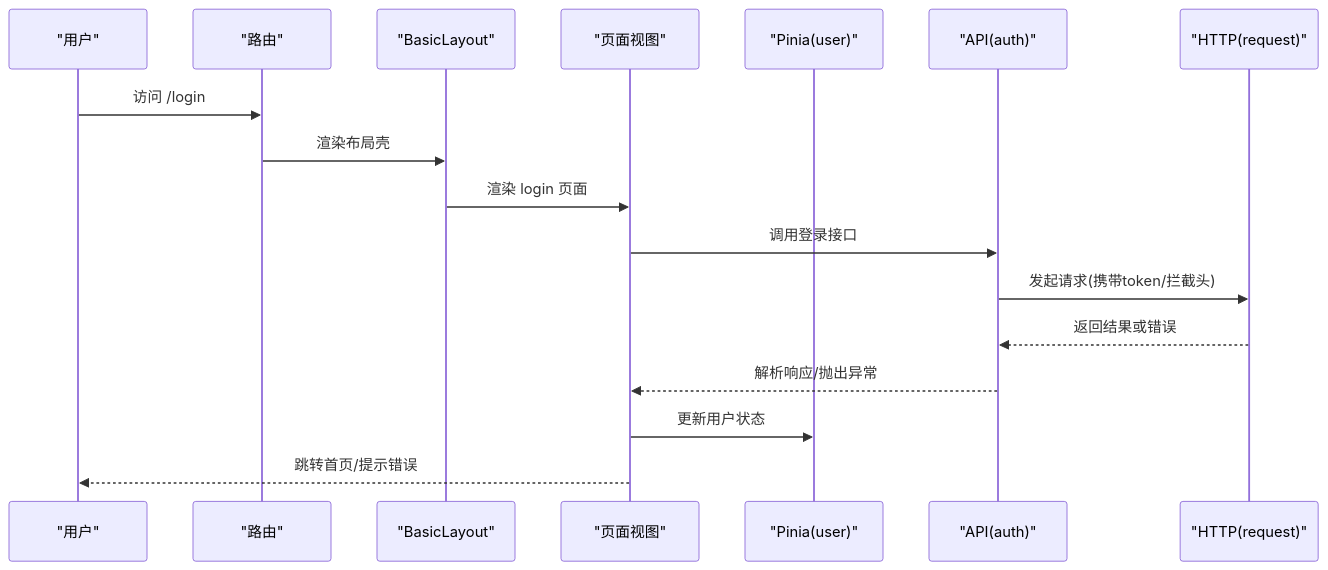
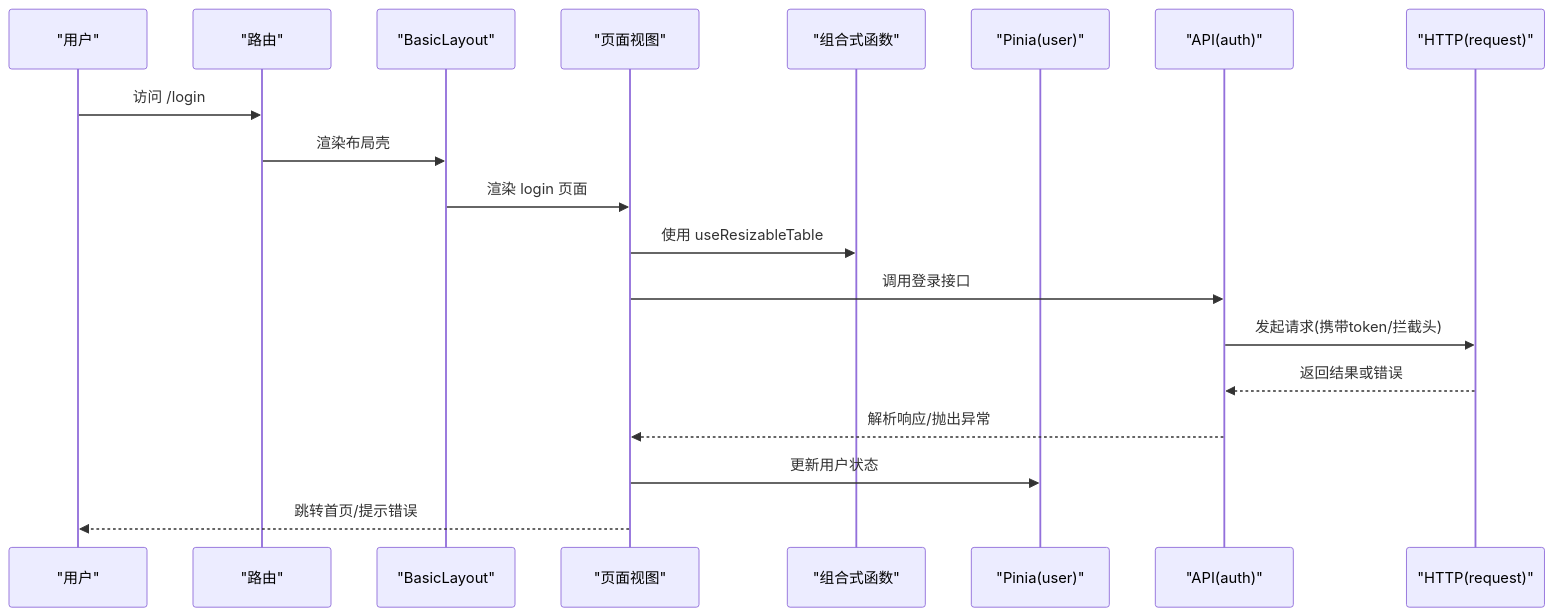
One commit to liming-lihaini/workflow changed the second of 6 diagrams in .qoder/repowiki/zh/content/用户界面设计/组件设计规范.md. Above: the diagram before and after it, drawn with Mermaid. The commit also changed other lines of this file and 25 other files, not shown here.

````diff
--- a/.qoder/repowiki/zh/content/用户界面设计/组件设计规范.md
+++ b/.qoder/repowiki/zh/content/用户界面设计/组件设计规范.md
@@ -112,19 +128,21 @@
 ```mermaid
 sequenceDiagram
 participant U as "用户"
 participant R as "路由"
 participant L as "BasicLayout"
 participant V as "页面视图"
+participant C as "组合式函数"
 participant S as "Pinia(user)"
 participant A as "API(auth)"
 participant X as "HTTP(request)"
 U->>R : 访问 /login
 R->>L : 渲染布局壳
 L->>V : 渲染 login 页面
+V->>C : 使用 useResizableTable
 V->>A : 调用登录接口
 A->>X : 发起请求(携带token/拦截头)
 X-->>A : 返回结果或错误
 A-->>V : 解析响应/抛出异常
 V->>S : 更新用户状态
 V-->>U : 跳转首页/提示错误
 ```
````
